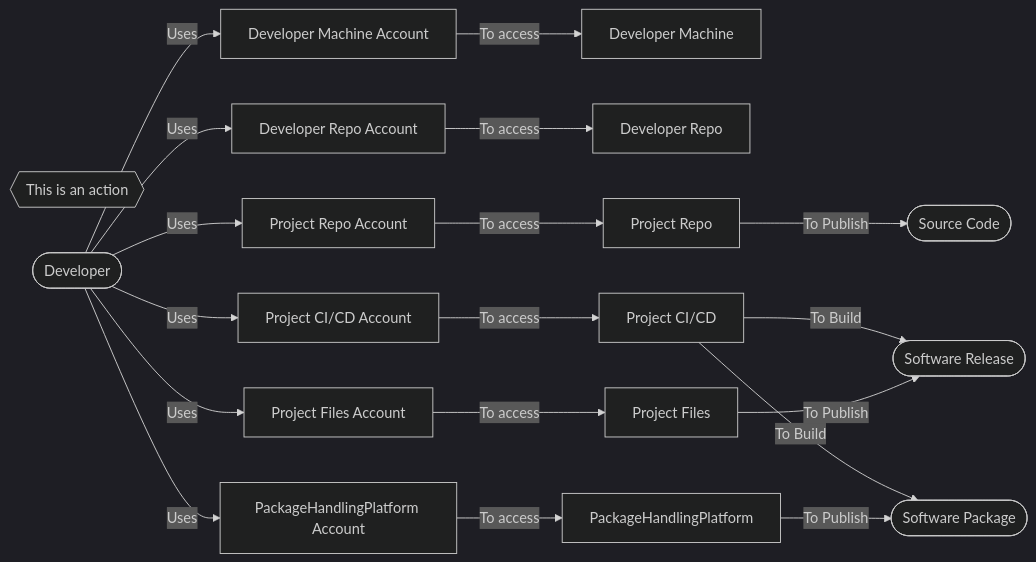
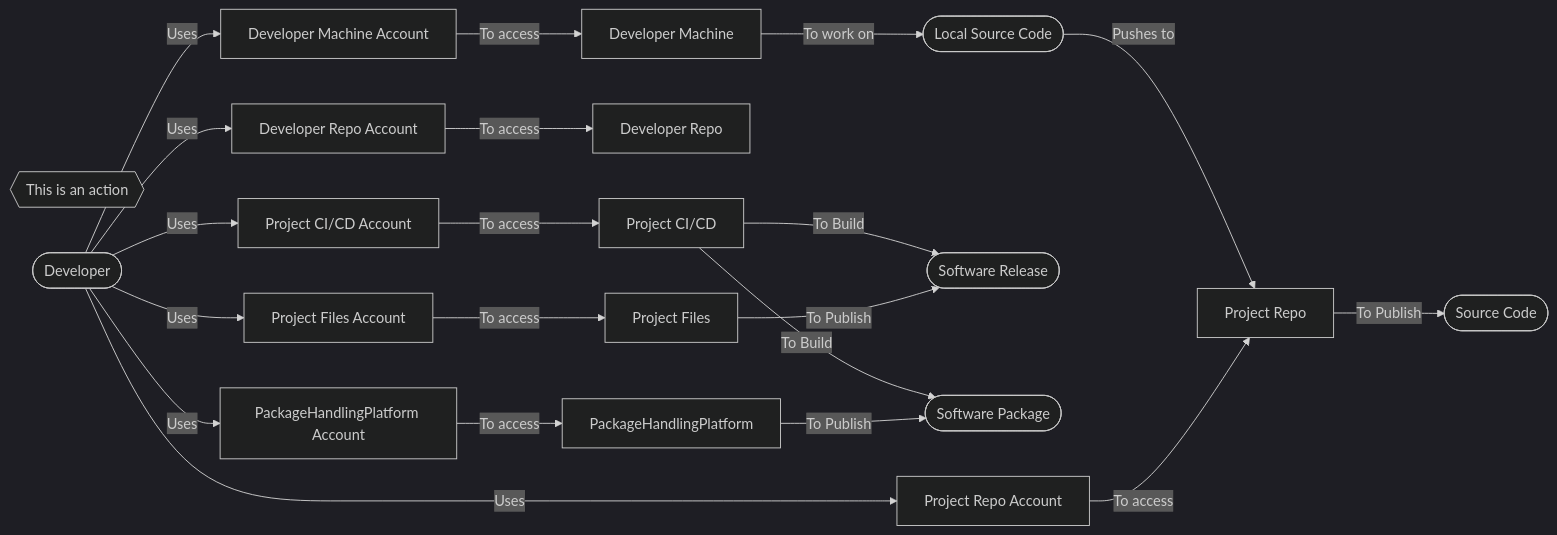
Before and after one commit to MrMoshkovitz/threat-modelling: the diagram in models/opensource/basic-workflow.md, drawn with Mermaid (dark theme).

Commit message:
source code flow update

````diff
--- a/models/opensource/basic-workflow.md
+++ b/models/opensource/basic-workflow.md
@@ -1,41 +1,42 @@
 ```mermaid
 flowchart LR
 
   This_is_an_action{{This is an action}}
   
   %% People and outcomes
   Developer([Developer]) 
+  LocalSourceCode([Local Source Code])
   SourceCode([Source Code])
   SoftwareRelease([Software Release])
   SoftwarePackage([Software Package])
 
   %% Components
   DevMachine[Developer Machine]
   DevMachineAccount[Developer Machine Account]
   
   DevRepo[Developer Repo]
   DevRepoAccount[Developer Repo Account]
   
   ProjectRepo[Project Repo]
   ProjectRepoAccount[Project Repo Account]
   
   ProjectCICD[Project CI/CD]
   ProjectCICDAccount[Project CI/CD Account]
   
   ProjectFiles[Project Files]
   ProjectFilesAccount[Project Files Account]
   
   PackageHandlingPlatform[PackageHandlingPlatform]
   PackageHandlingPlatformAccount[PackageHandlingPlatform Account]
   
   %% Landscape
   
-  Developer-- Uses -->DevMachineAccount-- To access -->DevMachine
+  Developer-- Uses -->DevMachineAccount-- To access -->DevMachine-- To work on-->LocalSourceCode-- Pushes to -->ProjectRepo
   Developer-- Uses -->DevRepoAccount-- To access -->DevRepo
   Developer-- Uses -->ProjectRepoAccount-- To access -->ProjectRepo-- To Publish -->SourceCode
   Developer-- Uses -->ProjectCICDAccount-- To access -->ProjectCICD-- To Build -->SoftwareRelease & SoftwarePackage
   Developer-- Uses -->ProjectFilesAccount-- To access -->ProjectFiles-- To Publish -->SoftwareRelease
   Developer-- Uses -->PackageHandlingPlatformAccount-- To access -->PackageHandlingPlatform-- To Publish -->SoftwarePackage
   
   
 ```
````
